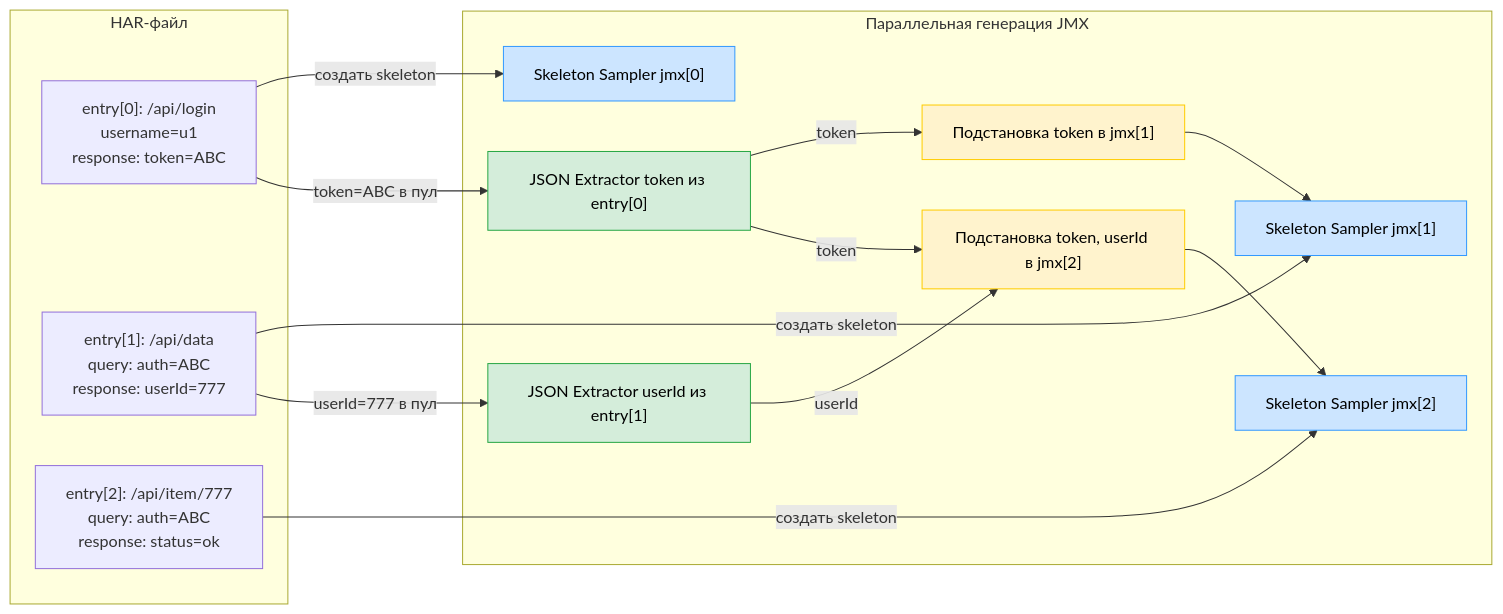
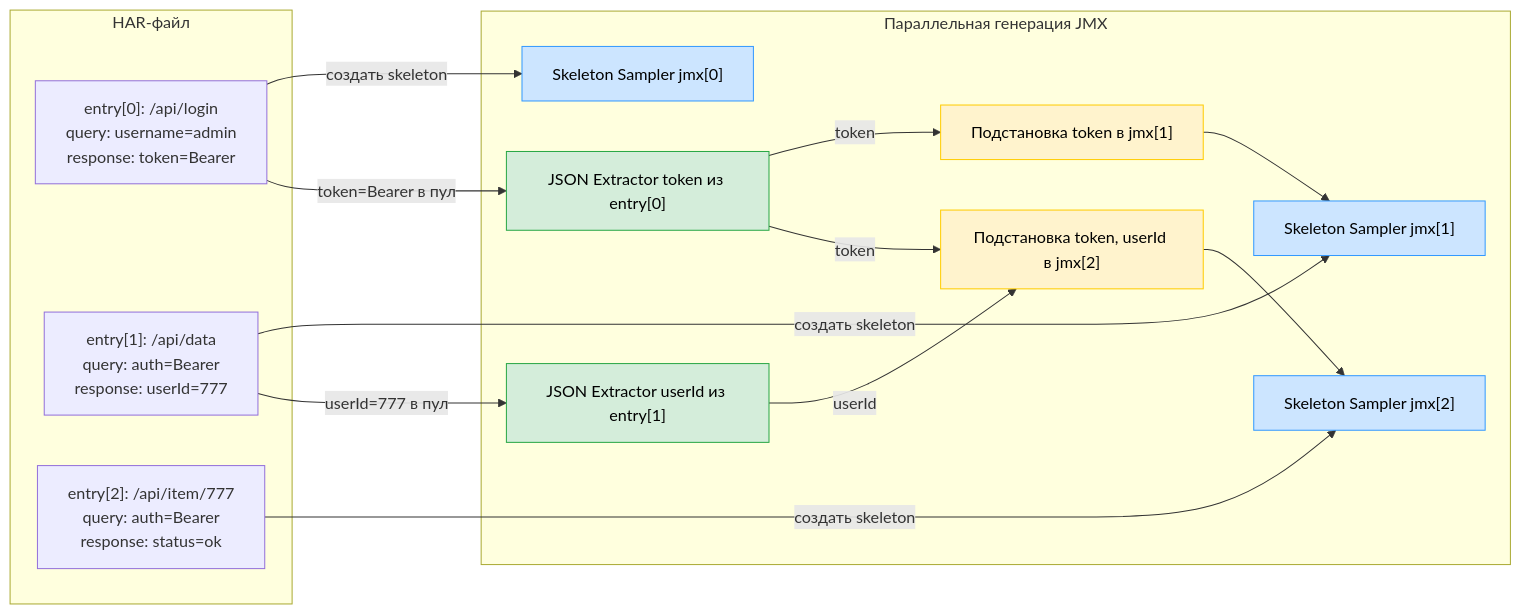
One commit to vyshky/har-parser-cpp changed the diagram in readme.md. Above: the diagram before and after it, drawn with Mermaid. The commit also changed other lines of this file, not shown here.

Commit message:
Подправил схему

````diff
--- a/readme.md
+++ b/readme.md
@@ -131,45 +131,51 @@
 ```mermaid
 flowchart LR
     %% Слева HAR, справа JMX
     
     subgraph HAR [HAR-файл]
-        E0["entry[0]: /api/login\nusername=u1\nresponse: token=ABC"]
-        E1["entry[1]: /api/data\nquery: auth=ABC\nresponse: userId=777"]
-        E2["entry[2]: /api/item/777\nquery: auth=ABC\nresponse: status=ok"]
+        E0["entry[0]: /api/login
+         query: username=admin
+         response: token=Bearer"]
+        E1["entry[1]: /api/data
+         query: auth=Bearer
+         response: userId=777"]
+        E2["entry[2]: /api/item/777
+         query: auth=Bearer
+         response: status=ok"]
     end
     
     subgraph JMX [Параллельная генерация JMX]
         J0["Skeleton Sampler jmx[0]"]
         J1["Skeleton Sampler jmx[1]"]
         J2["Skeleton Sampler jmx[2]"]
         
         EX0["JSON Extractor token из entry[0]"]
         EX1["JSON Extractor userId из entry[1]"]
         
         SUB1["Подстановка token в jmx[1]"]
         SUB2["Подстановка token, userId в jmx[2]"]
     end
     
     %% Потоки HAR -> Skeleton JMX
     E0 -->|"создать skeleton"| J0
-    E0 -->|"token=ABC в пул"| EX0
+    E0 -->|"token=Bearer в пул"| EX0
     E1 -->|"создать skeleton"| J1
     E1 -->|"userId=777 в пул"| EX1
     E2 -->|"создать skeleton"| J2
     
     %% Подстановка переменных
     EX0 -->|"token"| SUB1
     SUB1 --> J1
     EX0 -->|"token"| SUB2
     EX1 -->|"userId"| SUB2
     SUB2 --> J2
 
     %% Стили для цветов + чёрный текст
     class J0,J1,J2 blueNode
     class EX0,EX1 greenNode
     class SUB1,SUB2 orangeNode
 
     classDef blueNode fill:#cce5ff,stroke:#3399ff,stroke-width:1px,color:#000;
     classDef greenNode fill:#d4edda,stroke:#28a745,stroke-width:1px,color:#000;
     classDef orangeNode fill:#fff3cd,stroke:#ffcc00,stroke-width:1px,color:#000;
 ```
````
